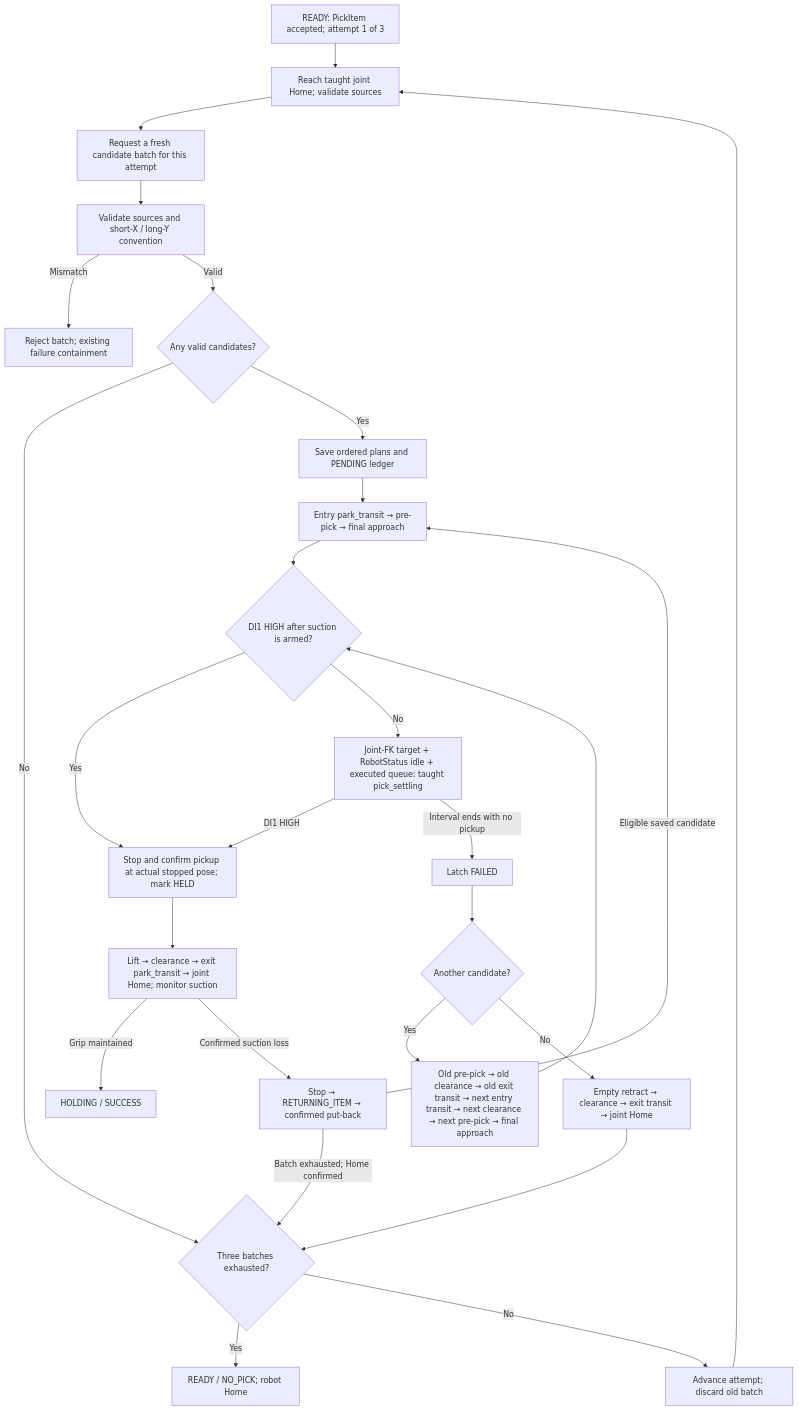
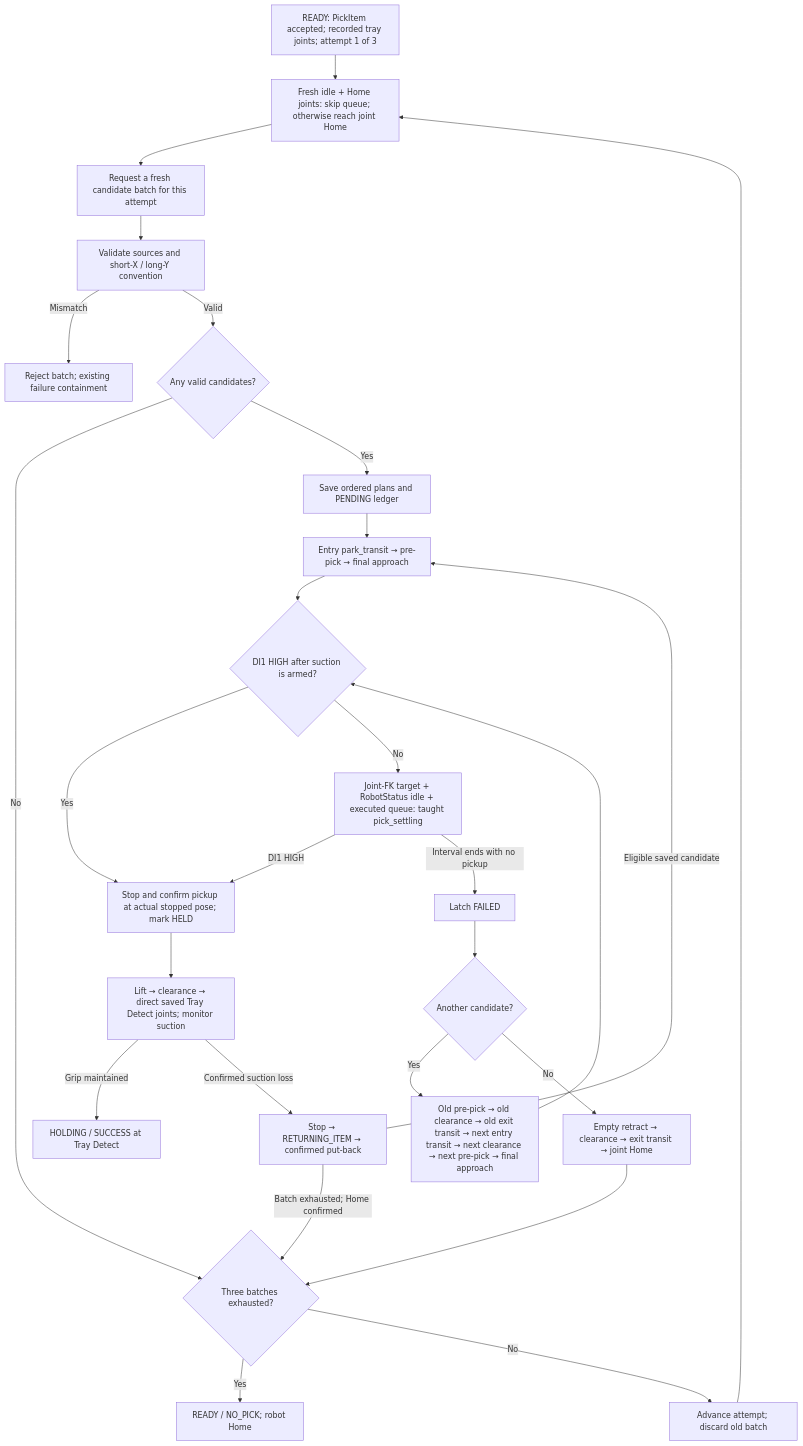
Before and after one commit to esgange/dobot_picknplace_yolo: the third of 8 diagrams in docs/ROBOT_CONTROLLER_FSM.md, drawn with Mermaid. The commit also changed other lines of this file and 21 other files, not shown here.

Commit message:
Finish successful Pick at Tray Detect and retain fast Home skip

````diff
--- a/docs/ROBOT_CONTROLLER_FSM.md
+++ b/docs/ROBOT_CONTROLLER_FSM.md
@@ -252,29 +261,29 @@
 ```mermaid
 flowchart TD
-    Request["READY: PickItem accepted; attempt 1 of 3"] --> Home["Reach taught joint Home; validate sources"]
+    Request["READY: PickItem accepted; recorded tray joints; attempt 1 of 3"] --> Home["Fresh idle + Home joints: skip queue; otherwise reach joint Home"]
     Home --> Detect["Request a fresh candidate batch for this attempt"]
     Detect --> Validate["Validate sources and short-X / long-Y convention"]
     Validate -->|Mismatch| Reject["Reject batch; existing failure containment"]
     Validate -->|Valid| Any{"Any valid candidates?"}
     Any -->|No| Limit{"Three batches exhausted?"}
     Limit -->|Yes| Empty["READY / NO_PICK; robot Home"]
     Limit -->|No| Next["Advance attempt; discard old batch"]
     Next --> Home
     Any -->|Yes| Plan["Save ordered plans and PENDING ledger"]
     Plan --> Entry["Entry park_transit → pre-pick → final approach"]
     Entry --> Sense{"DI1 HIGH after suction is armed?"}
     Sense -->|Yes| Acquire["Stop and confirm pickup at actual stopped pose; mark HELD"]
     Sense -->|No| Settle["Joint-FK target + RobotStatus idle + executed queue: taught pick_settling"]
     Settle -->|DI1 HIGH| Acquire
     Settle -->|Interval ends with no pickup| Miss["Latch FAILED"]
-    Acquire --> HeldReturn["Lift → clearance → exit park_transit → joint Home; monitor suction"]
-    HeldReturn -->|Grip maintained| Success["HOLDING / SUCCESS"]
+    Acquire --> HeldReturn["Lift → clearance → direct saved Tray Detect joints; monitor suction"]
+    HeldReturn -->|Grip maintained| Success["HOLDING / SUCCESS at Tray Detect"]
     HeldReturn -->|Confirmed suction loss| PutBack["Stop → RETURNING_ITEM → confirmed put-back"]
     PutBack -->|Eligible saved candidate| Entry
     PutBack -->|Batch exhausted; Home confirmed| Limit
     Miss --> More{"Another candidate?"}
     More -->|Yes| Retry["Old pre-pick → old clearance → old exit transit → next entry transit → next clearance → next pre-pick → final approach"]
     Retry --> Sense
     More -->|No| Exhausted["Empty retract → clearance → exit transit → joint Home"]
     Exhausted --> Limit
 ```
````
